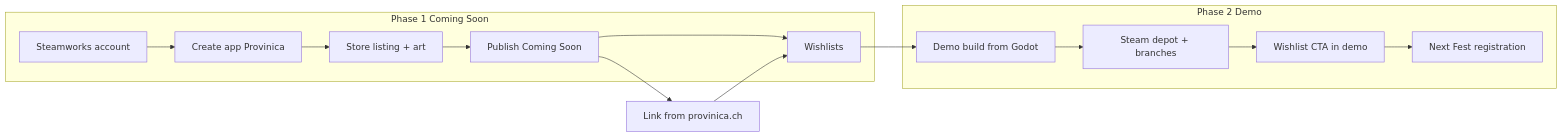
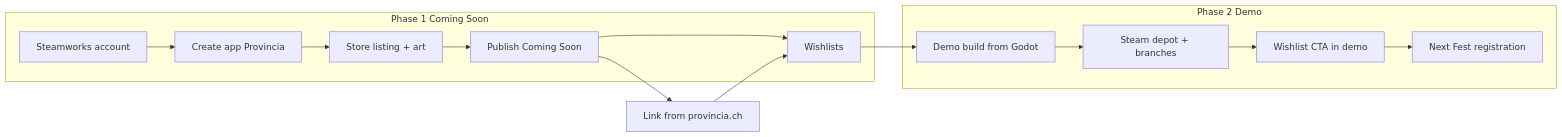
Before and after one commit to samuel-baumgartner/provincia.ch: the diagram in content/guides/steam-page-setup.md, drawn with Mermaid. The commit also changed other lines of this file and 34 other files, not shown here.

````diff
--- a/content/guides/steam-page-setup.md
+++ b/content/guides/steam-page-setup.md
@@ -11,17 +11,17 @@
 ```mermaid
 flowchart LR
   subgraph phase1 [Phase 1 Coming Soon]
-    A[Steamworks account] --> B[Create app Provinica]
+    A[Steamworks account] --> B[Create app Provincia]
     B --> C[Store listing + art]
     C --> D[Publish Coming Soon]
     D --> E[Wishlists]
   end
   subgraph phase2 [Phase 2 Demo]
     F[Demo build from Godot] --> G[Steam depot + branches]
     G --> H[Wishlist CTA in demo]
     H --> I[Next Fest registration]
   end
   E --> F
-  D --> J[Link from provinica.ch]
+  D --> J[Link from provincia.ch]
   J --> E
 ```
````
